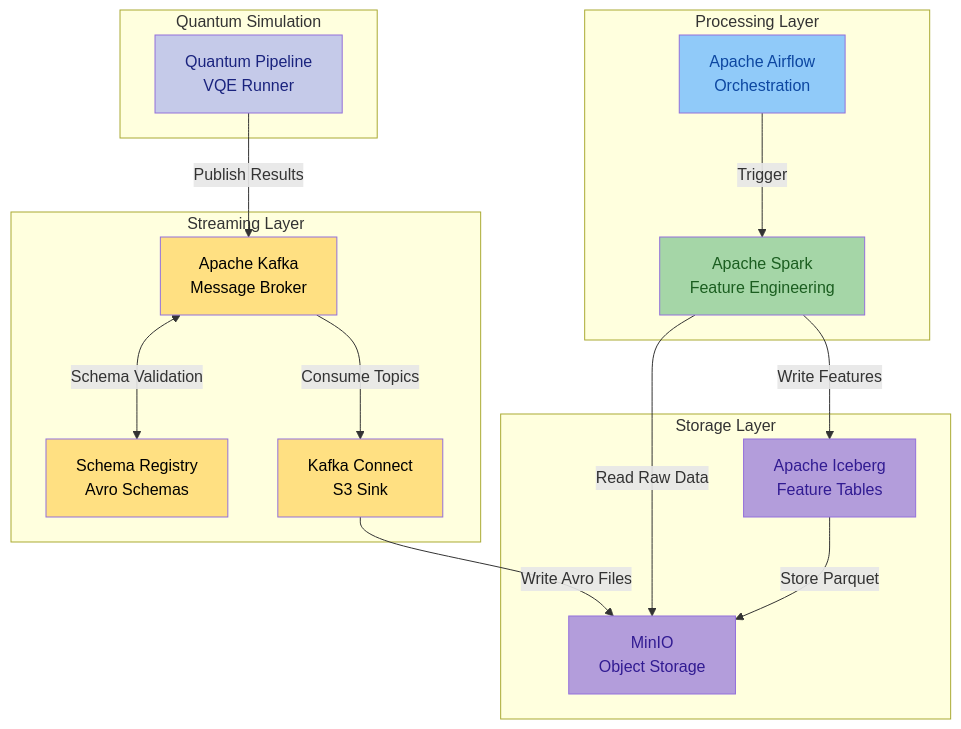
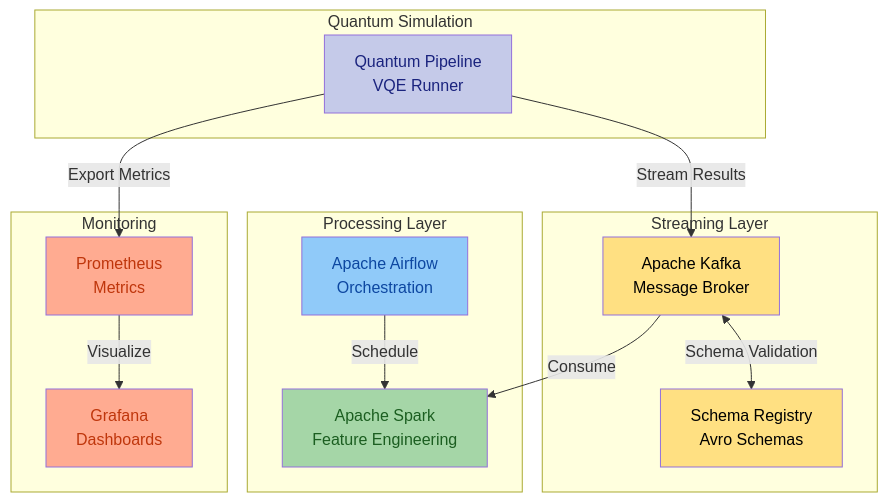
One commit to straightchlorine/quantum-pipeline changed the diagram in docs/index.md. Above: the diagram before and after it, drawn with Mermaid. The commit also changed other lines of this file and 146 other files, not shown here.

````diff
--- a/docs/index.md
+++ b/docs/index.md
@@ -137,40 +147,36 @@
 ```mermaid
 graph TB
     subgraph "Quantum Simulation"
         QP[Quantum Pipeline<br/>VQE Runner]
     end
 
     subgraph "Streaming Layer"
         KAFKA[Apache Kafka<br/>Message Broker]
         SR[Schema Registry<br/>Avro Schemas]
-        KC[Kafka Connect<br/>S3 Sink]
-    end
-
-    subgraph "Storage Layer"
-        MINIO[MinIO<br/>Object Storage]
-        ICEBERG[Apache Iceberg<br/>Feature Tables]
     end
 
     subgraph "Processing Layer"
         AIRFLOW[Apache Airflow<br/>Orchestration]
         SPARK[Apache Spark<br/>Feature Engineering]
     end
 
-    QP -->|Publish Results| KAFKA
+    subgraph "Monitoring"
+        PROM[Prometheus<br/>Metrics]
+        GRAF[Grafana<br/>Dashboards]
+    end
+
+    QP -->|Stream Results| KAFKA
     KAFKA <-->|Schema Validation| SR
-    KAFKA -->|Consume Topics| KC
-    KC -->|Write Avro Files| MINIO
-    AIRFLOW -->|Trigger| SPARK
-    SPARK -->|Read Raw Data| MINIO
-    SPARK -->|Write Features| ICEBERG
-    ICEBERG -->|Store Parquet| MINIO
+    KAFKA -->|Consume| SPARK
+    AIRFLOW -->|Schedule| SPARK
+    QP -->|Export Metrics| PROM
+    PROM -->|Visualize| GRAF
 
     style QP fill:#c5cae9,color:#1a237e
     style KAFKA fill:#ffe082,color:#000
     style SR fill:#ffe082,color:#000
-    style KC fill:#ffe082,color:#000
     style SPARK fill:#a5d6a7,color:#1b5e20
     style AIRFLOW fill:#90caf9,color:#0d47a1
-    style ICEBERG fill:#b39ddb,color:#311b92
-    style MINIO fill:#b39ddb,color:#311b92
+    style PROM fill:#ffab91,color:#bf360c
+    style GRAF fill:#ffab91,color:#bf360c
 ```
````
